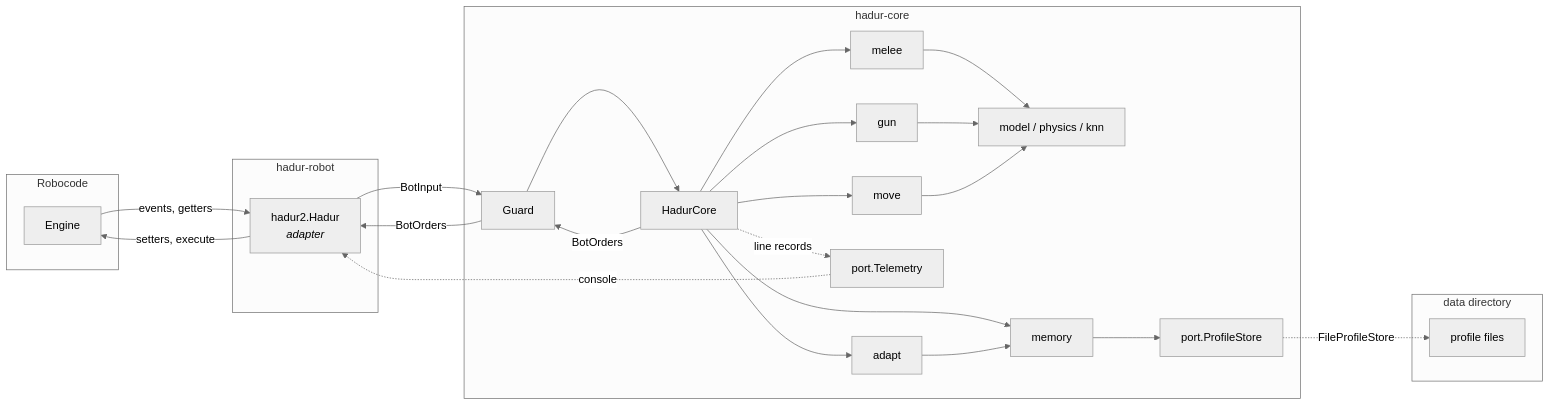
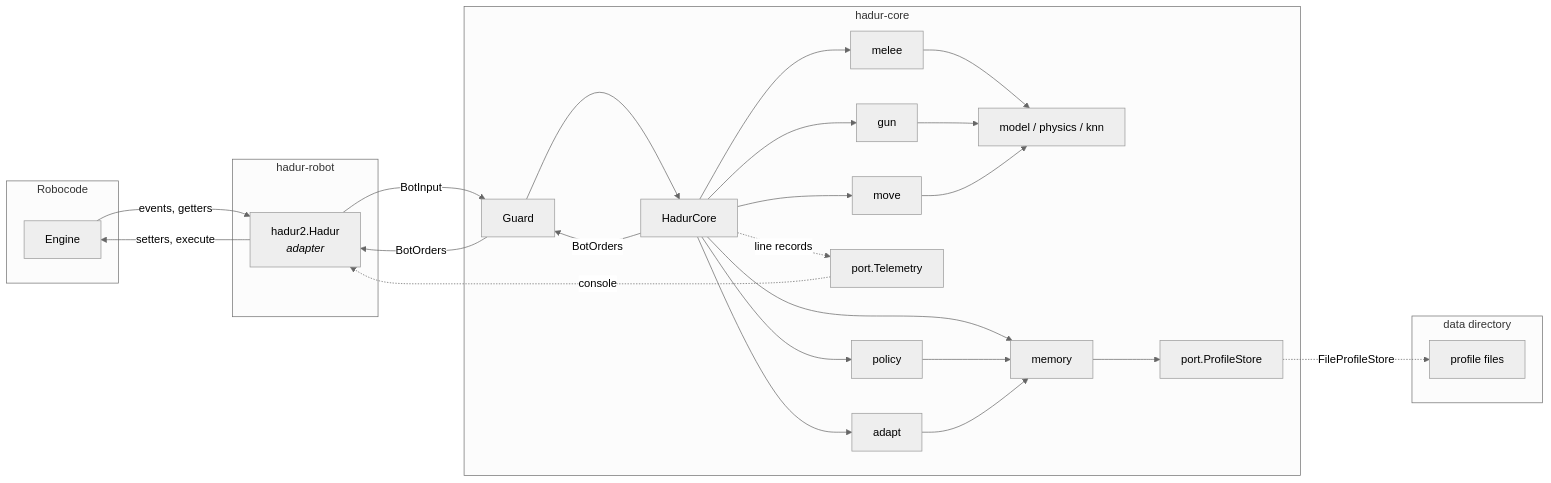
Before and after one commit to lgriffin/Hadur_Robot: the diagram in docs/architecture.md, drawn with Mermaid (neutral theme). The commit also changed other lines of this file and 46 other files, not shown here.

````diff
--- a/docs/architecture.md
+++ b/docs/architecture.md
@@ -7,41 +7,44 @@
 ```mermaid
 graph LR
     subgraph Robocode
         E[Engine]
     end
     subgraph hadur-robot
         A[hadur2.Hadur<br><i>adapter</i>]
     end
     subgraph hadur-core
         G[Guard]
         C[HadurCore]
         GC[gun]
         MC[move]
         ML[melee]
         M[model / physics / knn]
         T[port.Telemetry]
         MEM[memory]
         AD[adapt]
+        PO[policy]
         PS[port.ProfileStore]
     end
     subgraph data directory
         F[profile files]
     end
     E -- events, getters --> A
     A -- BotInput --> G
     G --> C
     C --> GC & MC
     C --> ML
     ML --> M
     GC & MC --> M
     C -- BotOrders --> G
     G -- BotOrders --> A
     A -- setters, execute --> E
     C -. line records .-> T
     T -. console .-> A
     C --> MEM
     C --> AD
+    C --> PO
+    PO --> MEM
     AD --> MEM
     MEM --> PS
     PS -. FileProfileStore .-> F
 ```
````
